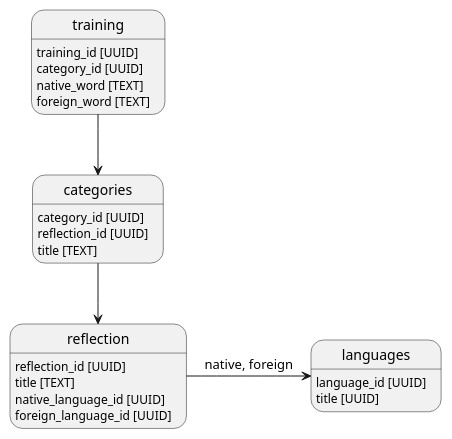
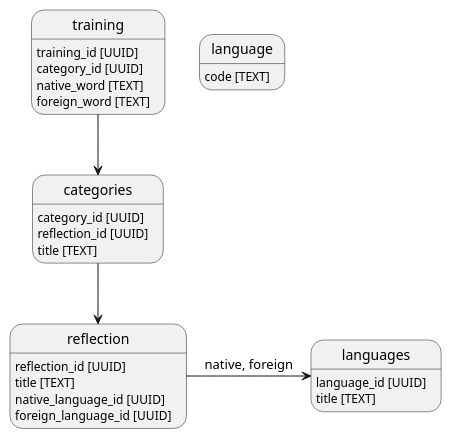
The diagram in src/database/structure/schemas/schema.puml (LingAny/data-access), drawn with PlantUML before and after one commit. The commit also changed 8 other files, not shown here.

```diff
--- a/src/database/structure/schemas/schema.puml
+++ b/src/database/structure/schemas/schema.puml
@@ -1,23 +1,24 @@
 @startuml
 
 languages: language_id [UUID]
-languages: title [UUID]
+languages: title [TEXT]
+language: code [TEXT]
 
 reflection: reflection_id [UUID]
 reflection: title [TEXT]
 reflection: native_language_id [UUID]
 reflection: foreign_language_id [UUID]
 reflection -> languages: native, foreign
 
 categories: category_id [UUID]
 categories: reflection_id [UUID]
 categories: title [TEXT]
 categories --> reflection
 
 training: training_id [UUID]
 training: category_id [UUID]
 training: native_word [TEXT]
 training: foreign_word [TEXT]
 training --> categories
 
 @enduml
```
